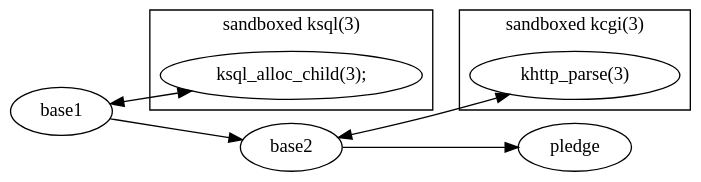
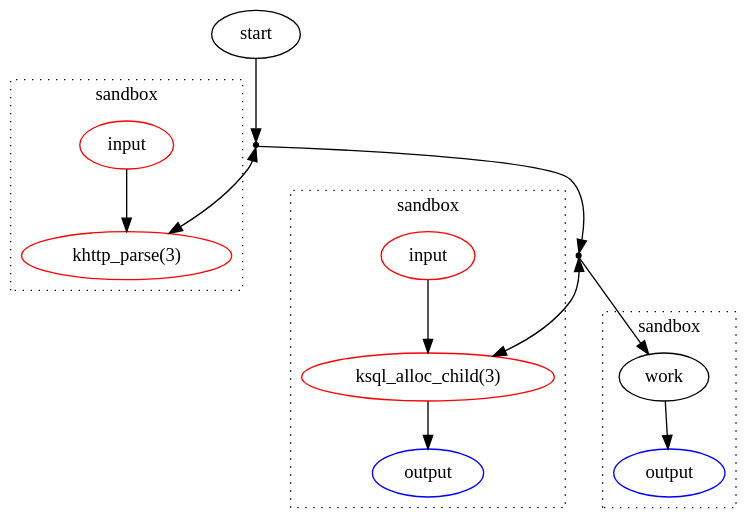
The diagram in ksql-fig6.dot (kristapsdz/bchs), drawn with Graphviz before and after one commit. The commit also changed 3 other files, not shown here.

Commit message:
Clarify graphs.

```diff
--- a/ksql-fig6.dot
+++ b/ksql-fig6.dot
@@ -1,22 +1,50 @@
 digraph {
-	graph [rankdir="LR"];
+	graph [rankdir="TB"];
 	bgcolor="transparent";
 
-	subgraph cluster_0 {
-		label="sandboxed ksql(3)";
-		step2 [label="ksql_alloc_child(3);"];
+	rank="same";
+
+	subgraph cluster_0a {
+		rank="same";
+		style="invis";
+		subgraph cluster_0 {
+			style="dotted";
+			label="sandbox";
+			step2 [label="ksql_alloc_child(3)"; color="red"];
+			step2sub [label="output"; color="blue"];
+			step2 -> step2sub;
+			step2sub2 [label="input"; color="red"];
+			step2sub2 -> step2;
+		};
+		base1 -> step2 [dir="both"];
+		base1 [shape="point"; label=""];
 	};
 
-	subgraph cluster_1 {
-		label="sandboxed kcgi(3)";
-		step1 [label="khttp_parse(3)"];
+	subgraph cluster_1a {
+		rank="same";
+		style="invis";
+		subgraph cluster_1 {
+			style="dotted";
+			label="sandbox";
+			step1 [label="khttp_parse(3)"; color="red"];
+			step1sub [label="input"; color="red"];
+			step1sub -> step1;
+		};
+		base2 -> step1 [dir="both"];
+		base2 [shape="point"; label=""];
 	};
 
-	base1 -> step2 [dir="both"];
-	base1 -> base2;
+	subgraph cluster_2a {
+		label="sandbox";
+		style="dotted";
+		base3 [label="work"];
+		base4 [label="output"; color="blue"];
+		base3 -> base4;
+	};
 
-	base2 -> step1 [dir="both"];
-	base2 -> base3;
+	base0 [label="start"];
 
-	base3 [label="pledge"];
+	base0 -> base2;
+	base2 -> base1;
+	base1 -> base3;
 }
```
